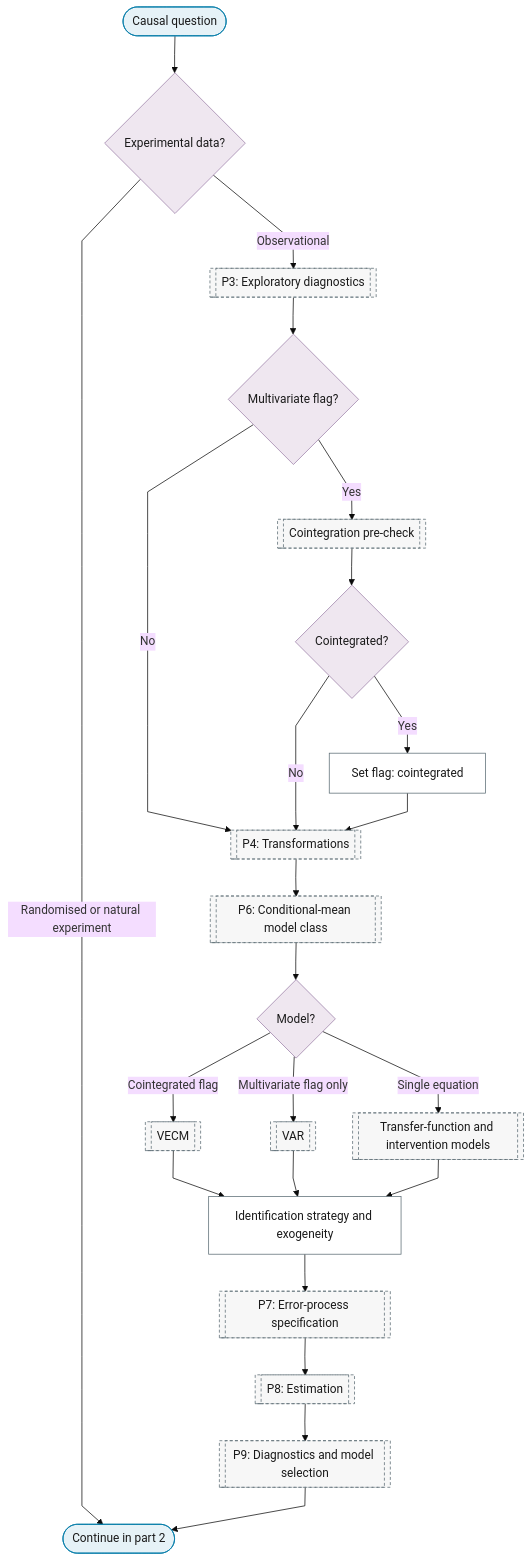
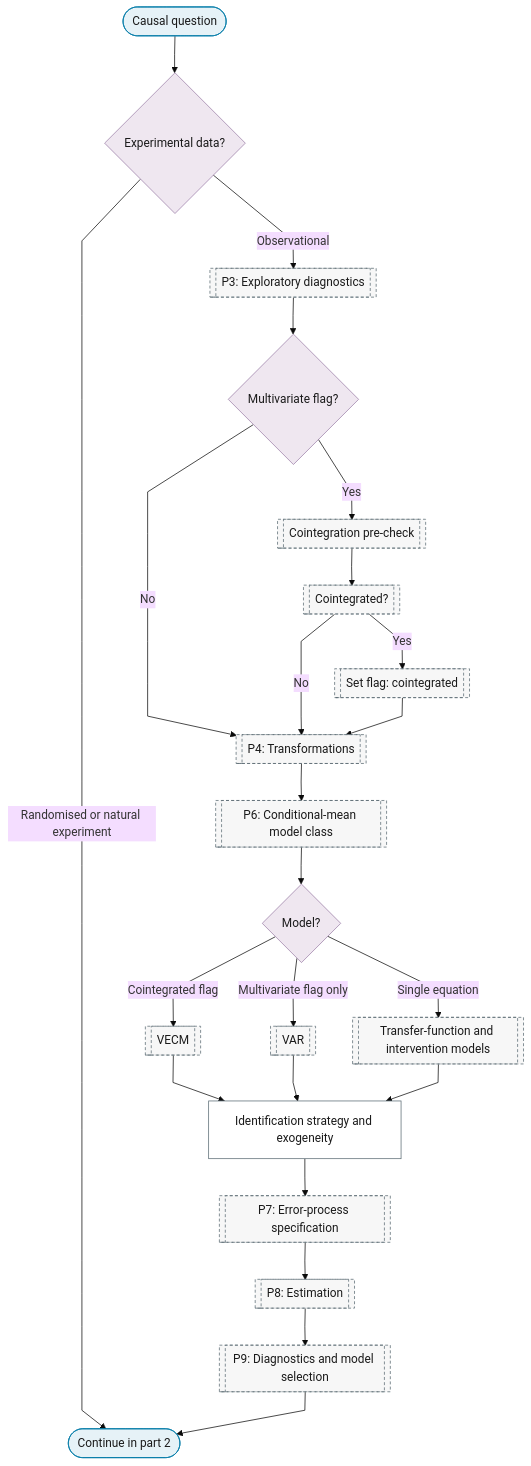
Before and after one commit to Shuxin-Y/time-series-analysis-manual: the first of 2 diagrams in docs/01-workflow/p02-purpose/02-causal-inference.md, drawn with Mermaid (base theme). The commit also changed 3 other files, not shown here.

First line of the commit message:
fix(flowchart): P3 produces the cointegrated flag (rev1 R3-1, rev3 R2)

````diff
--- a/docs/01-workflow/p02-purpose/02-causal-inference.md
+++ b/docs/01-workflow/p02-purpose/02-causal-inference.md
@@ -9,36 +9,36 @@
 ```mermaid
 %%{init: {"flowchart": {"curve": "linear"}}}%%
 graph TD
     P2_CA_IN(["Causal question"]) --> P2_CA_DESIGN{"Experimental data?"}
     P2_CA_DESIGN -->|"Randomised or natural experiment"| P2_CA_TO_PART_2
     P2_CA_DESIGN -->|"Observational"| P3[["P3: Exploratory diagnostics"]]
     P3 --> P2_CA_MULTI{"Multivariate flag?"}
     P2_CA_MULTI -->|"Yes"| P3_COINTEGRATION_PRECHECK[["Cointegration pre-check"]]
     P2_CA_MULTI -->|"No"| P4
-    P3_COINTEGRATION_PRECHECK --> P2_CA_COINT{"Cointegrated?"}
-    P2_CA_COINT -->|"Yes"| P2_CA_COINT_FLAG["Set flag: cointegrated"]
-    P2_CA_COINT -->|"No"| P4
-    P2_CA_COINT_FLAG --> P4[["P4: Transformations"]]
+    P3_COINTEGRATION_PRECHECK --> P3_COINT_VERDICT[["Cointegrated?"]]
+    P3_COINT_VERDICT -->|"Yes"| P3_COINT_FLAG[["Set flag: cointegrated"]]
+    P3_COINT_VERDICT -->|"No"| P4
+    P3_COINT_FLAG --> P4[["P4: Transformations"]]
     P4 --> P6[["P6: Conditional-mean model class"]]
     P6 --> P2_CA_MODEL{"Model?"}
     P2_CA_MODEL -->|"Cointegrated flag"| P6_VECM[["VECM"]]
     P2_CA_MODEL -->|"Multivariate flag only"| P6_VAR[["VAR"]]
     P2_CA_MODEL -->|"Single equation"| P6_TRANSFER_FUNCTION[["Transfer-function and intervention models"]]
     P6_VECM & P6_VAR & P6_TRANSFER_FUNCTION --> P2_CA_IDENTIFICATION["Identification strategy and exogeneity"]
     P2_CA_IDENTIFICATION --> P7[["P7: Error-process specification"]]
     P7 --> P8[["P8: Estimation"]]
     P8 --> P9[["P9: Diagnostics and model selection"]]
     P9 --> P2_CA_TO_PART_2(["Continue in part 2"])
     class P2_CA_IN,P2_CA_TO_PART_2 terminator
-    class P2_CA_DESIGN,P2_CA_MULTI,P2_CA_COINT,P2_CA_MODEL decision
-    class P2_CA_COINT_FLAG,P2_CA_IDENTIFICATION process
-    class P3,P3_COINTEGRATION_PRECHECK,P4,P6,P6_VECM,P6_VAR,P6_TRANSFER_FUNCTION,P7,P8,P9 ref
+    class P2_CA_DESIGN,P2_CA_MULTI,P2_CA_MODEL decision
+    class P2_CA_IDENTIFICATION process
+    class P3,P3_COINTEGRATION_PRECHECK,P3_COINT_VERDICT,P3_COINT_FLAG,P4,P6,P6_VECM,P6_VAR,P6_TRANSFER_FUNCTION,P7,P8,P9 ref
     classDef terminator fill:#E6F2F7,stroke:#007BA7,color:#1A1A1A;
     classDef process fill:#FFFFFF,stroke:#5A6B73,color:#1A1A1A;
     classDef decision fill:#EFE7F0,stroke:#9B7FA7,color:#1A1A1A;
     classDef data fill:#FFF4E0,stroke:#C9A55E,color:#1A1A1A;
     classDef good fill:#DCEFD8,stroke:#4A7A3F,color:#1A1A1A;
     classDef escalate fill:#FFE9C2,stroke:#C9A55E,color:#1A1A1A;
     classDef problem fill:#F2D9DE,stroke:#800020,color:#1A1A1A;
     classDef ref fill:#F7F7F7,stroke:#5A6B73,color:#1A1A1A,stroke-dasharray:4 3;
 ```
````
